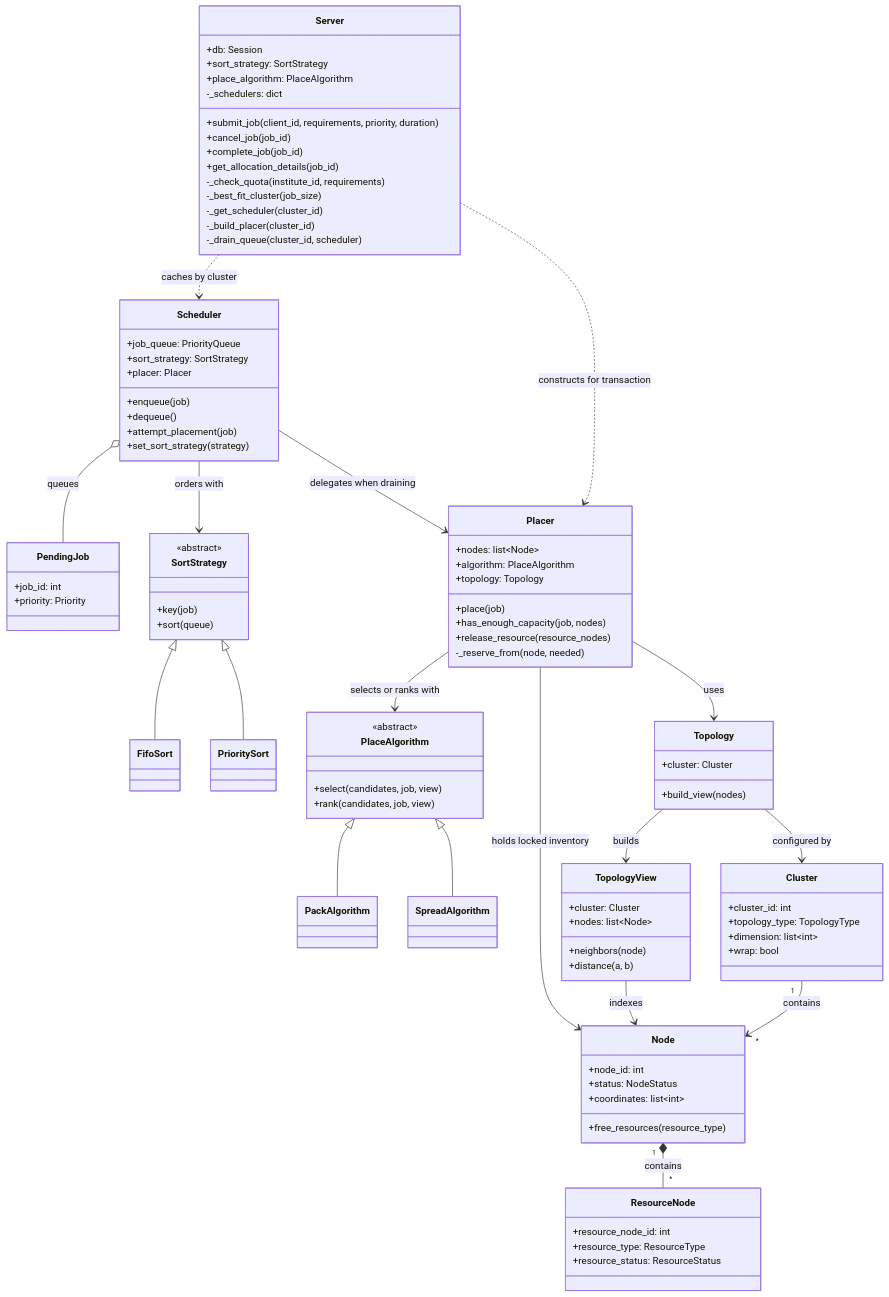
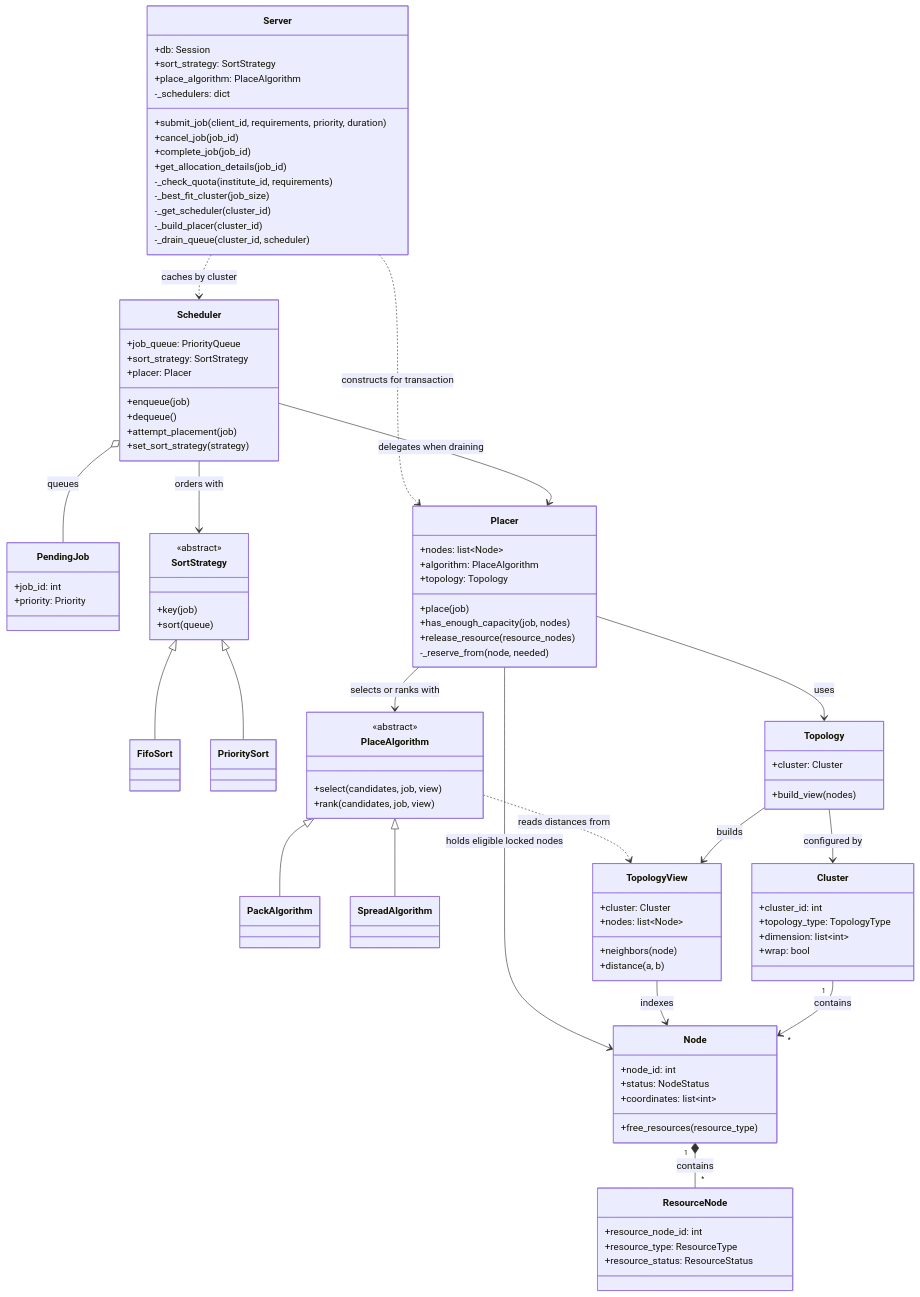
The second of 3 diagrams in docs/architecture.md (labo-man002/job-scheduler), drawn with Mermaid before and after one commit. The commit also changed other lines of this file, not shown here.

Commit message:
docs: clarify topology view, relationships and historical ERD

```diff
--- a/docs/architecture.md
+++ b/docs/architecture.md
@@ -151,9 +153,10 @@
     SortStrategy <|-- FifoSort
     SortStrategy <|-- PrioritySort
     Placer --> PlaceAlgorithm : selects or ranks with
+    PlaceAlgorithm ..> TopologyView : reads distances from
     PlaceAlgorithm <|-- PackAlgorithm
     PlaceAlgorithm <|-- SpreadAlgorithm
-    Placer --> Node : holds locked inventory
+    Placer --> Node : holds eligible locked nodes
     Placer --> Topology : uses
     Topology --> TopologyView : builds
     Topology --> Cluster : configured by
```
